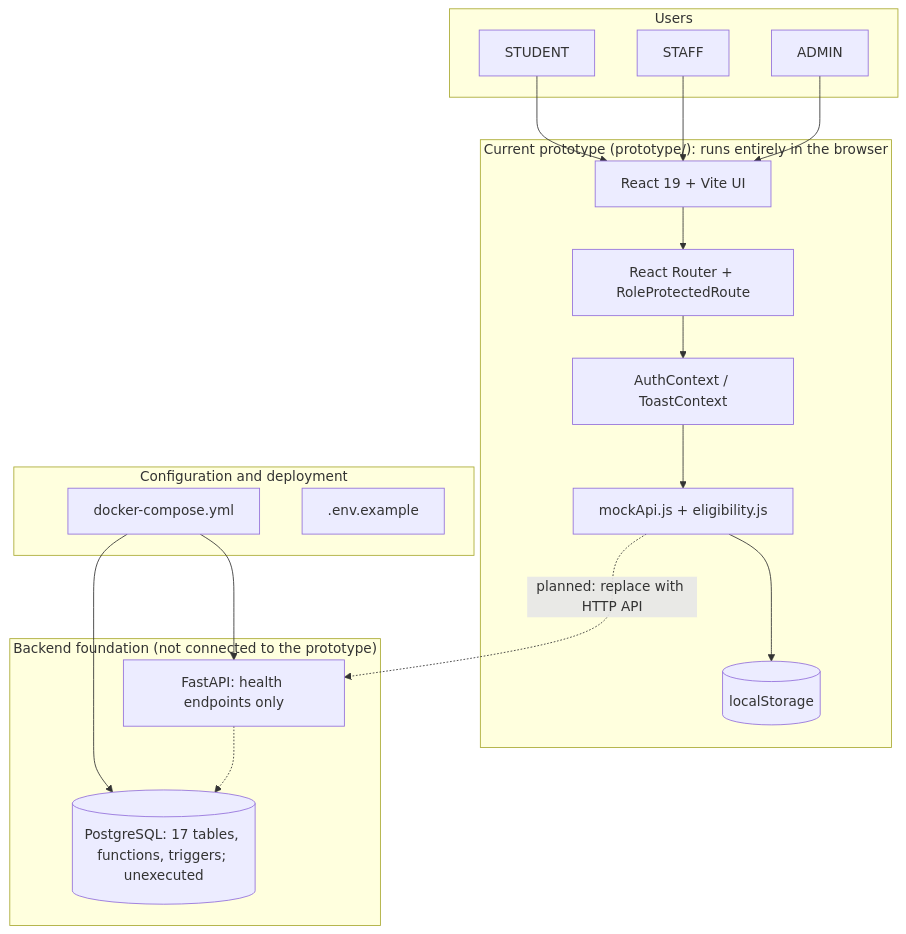
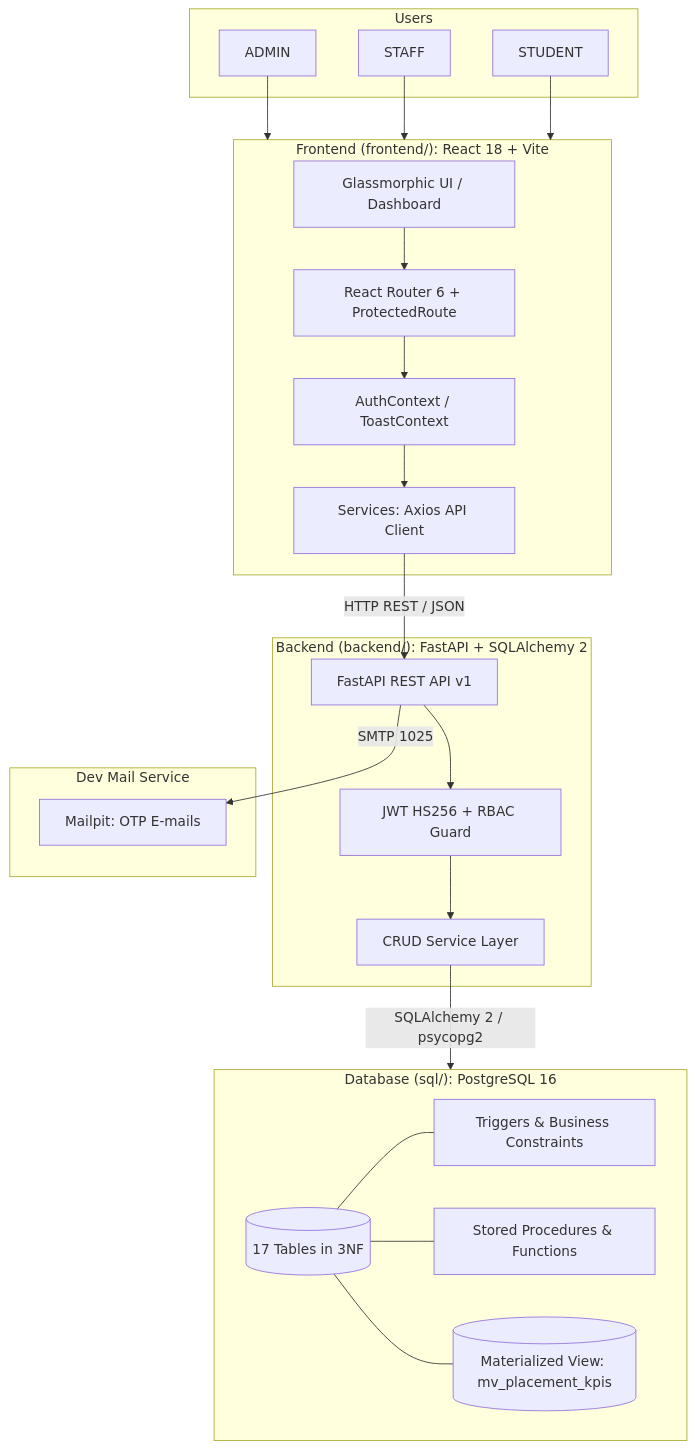
The diagram in docs/ARCHITECTURE.md (IshanWankhede/PlaceTrack), drawn with Mermaid before and after one commit. The commit also changed other lines of this file and 12 other files, not shown here.

````diff
--- a/docs/ARCHITECTURE.md
+++ b/docs/ARCHITECTURE.md
@@ -9,31 +9,44 @@
 ```mermaid
 flowchart TB
     subgraph Users
         AD[ADMIN]
         SF[STAFF]
         ST[STUDENT]
     end
-    subgraph PROTO["Current prototype (prototype/): runs entirely in the browser"]
-        UI[React 19 + Vite UI]
-        RT[React Router + RoleProtectedRoute]
+
+    subgraph CLIENT["Frontend (frontend/): React 18 + Vite"]
+        UI[Glassmorphic UI / Dashboard]
+        RT[React Router 6 + ProtectedRoute]
         CX[AuthContext / ToastContext]
-        MK[mockApi.js + eligibility.js]
-        LS[(localStorage)]
-        UI --> RT --> CX --> MK --> LS
+        SVC[Services: Axios API Client]
+        UI --> RT --> CX --> SVC
     end
-    subgraph PLAN["Backend foundation (not connected to the prototype)"]
-        FA[FastAPI: health endpoints only]
-        DB[(PostgreSQL: 17 tables, functions, triggers; unexecuted)]
-        FA -.-> DB
+
+    subgraph SERVER["Backend (backend/): FastAPI + SQLAlchemy 2"]
+        API[FastAPI REST API v1]
+        SEC[JWT HS256 + RBAC Guard]
+        CRUD[CRUD Service Layer]
+        API --> SEC --> CRUD
     end
-    AD --> UI
-    SF --> UI
-    ST --> UI
-    MK -. "planned: replace with HTTP API" .-> FA
-    subgraph OPS["Configuration and deployment"]
-        DC[docker-compose.yml]
-        ENV[.env.example]
+
+    subgraph DATABASE["Database (sql/): PostgreSQL 16"]
+        TBL[(17 Tables in 3NF)]
+        TRG[Triggers & Business Constraints]
+        PRC[Stored Procedures & Functions]
+        MV[(Materialized View: mv_placement_kpis)]
+        TBL --- TRG
+        TBL --- PRC
+        TBL --- MV
     end
-    DC --> FA
-    DC --> DB
+
+    subgraph MAIL["Dev Mail Service"]
+        MP[Mailpit: OTP E-mails]
+    end
+
+    AD --> CLIENT
+    SF --> CLIENT
+    ST --> CLIENT
+    SVC -->|HTTP REST / JSON| API
+    CRUD -->|SQLAlchemy 2 / psycopg2| DATABASE
+    API -->|SMTP 1025| MP
 ```
````
